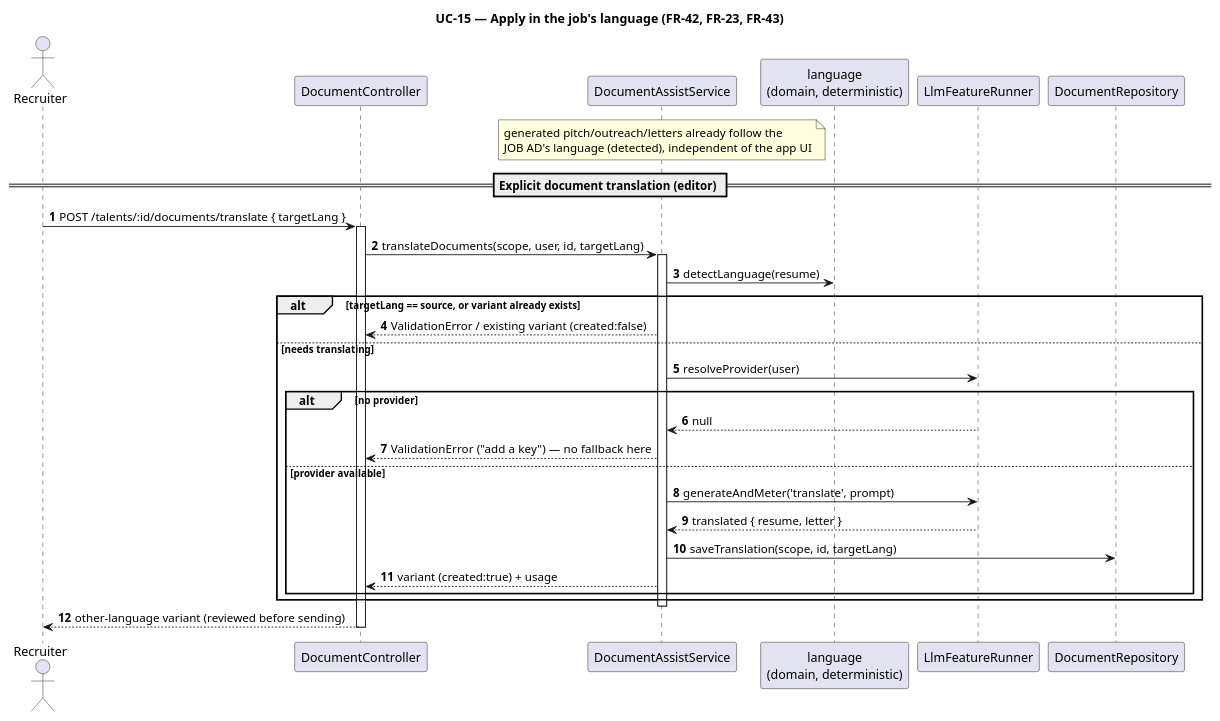
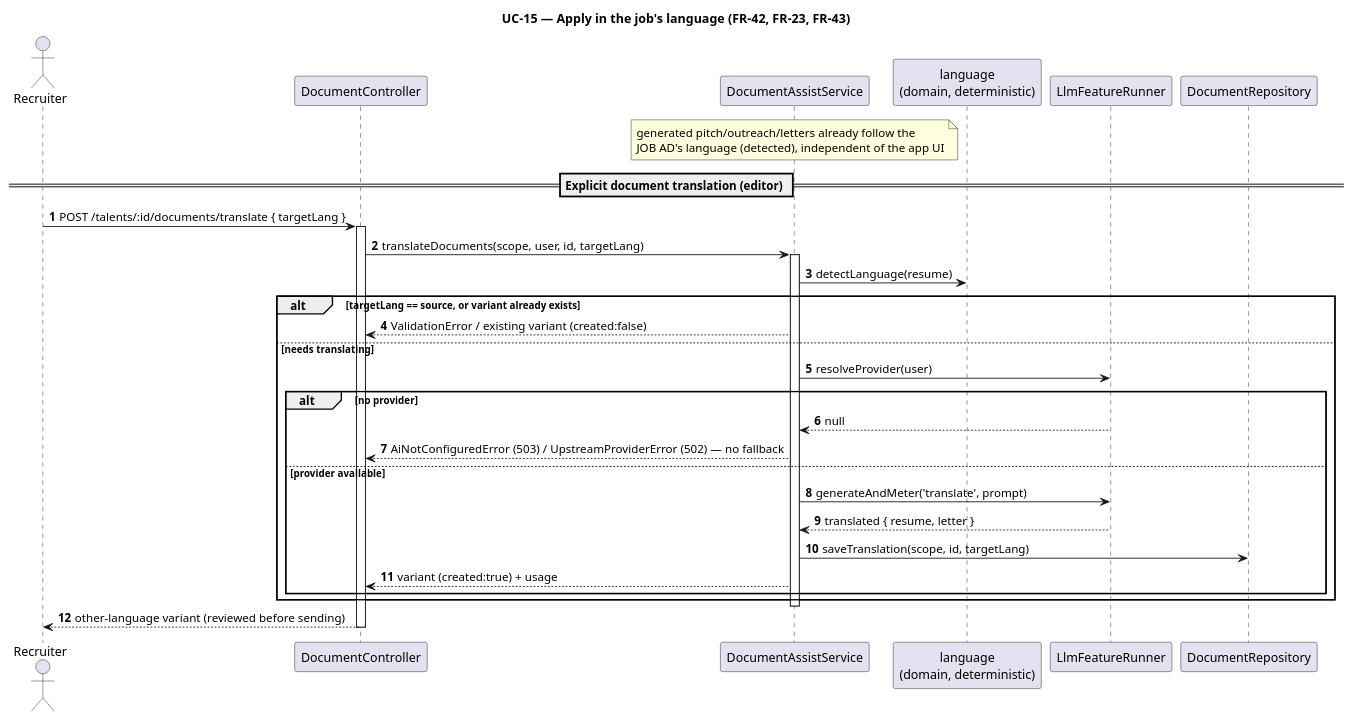
The diagram in docs/umls/usecases/uc15_language_translate.puml (NexusHero/Resume), drawn with PlantUML before and after one commit. The commit also changed 175 other files, not shown here.

```diff
--- a/docs/umls/usecases/uc15_language_translate.puml
+++ b/docs/umls/usecases/uc15_language_translate.puml
@@ -1,38 +1,38 @@
 @startuml uc15_language_translate
 title UC-15 — Apply in the job's language (FR-42, FR-23, FR-43)
 
 skinparam shadowing false
 autonumber
 actor Recruiter
 participant DocumentController as Ctrl
 participant DocumentAssistService as Svc
 participant "language\n(domain, deterministic)" as Lang
 participant LlmFeatureRunner as Runner
 participant DocumentRepository as Repo
 
 note over Svc : generated pitch/outreach/letters already follow the\nJOB AD's language (detected), independent of the app UI
 
 == Explicit document translation (editor) ==
 Recruiter -> Ctrl : POST /talents/:id/documents/translate { targetLang }
 activate Ctrl
 Ctrl -> Svc : translateDocuments(scope, user, id, targetLang)
 activate Svc
 Svc -> Lang : detectLanguage(resume)
 alt targetLang == source, or variant already exists
   Svc --> Ctrl : ValidationError / existing variant (created:false)
 else needs translating
   Svc -> Runner : resolveProvider(user)
   alt no provider
     Runner --> Svc : null
-    Svc --> Ctrl : ValidationError ("add a key")  — no fallback here
+    Svc --> Ctrl : AiNotConfiguredError (503) / UpstreamProviderError (502) — no fallback
   else provider available
     Svc -> Runner : generateAndMeter('translate', prompt)
     Runner --> Svc : translated { resume, letter }
     Svc -> Repo : saveTranslation(scope, id, targetLang)
     Svc --> Ctrl : variant (created:true) + usage
   end
 end
 deactivate Svc
 Ctrl --> Recruiter : other-language variant (reviewed before sending)
 deactivate Ctrl
 @enduml
```
